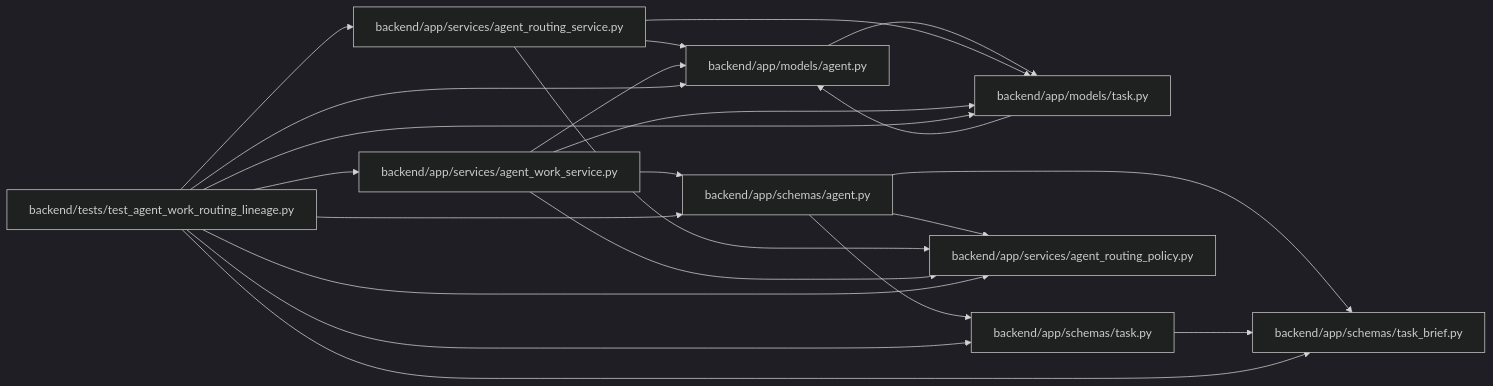
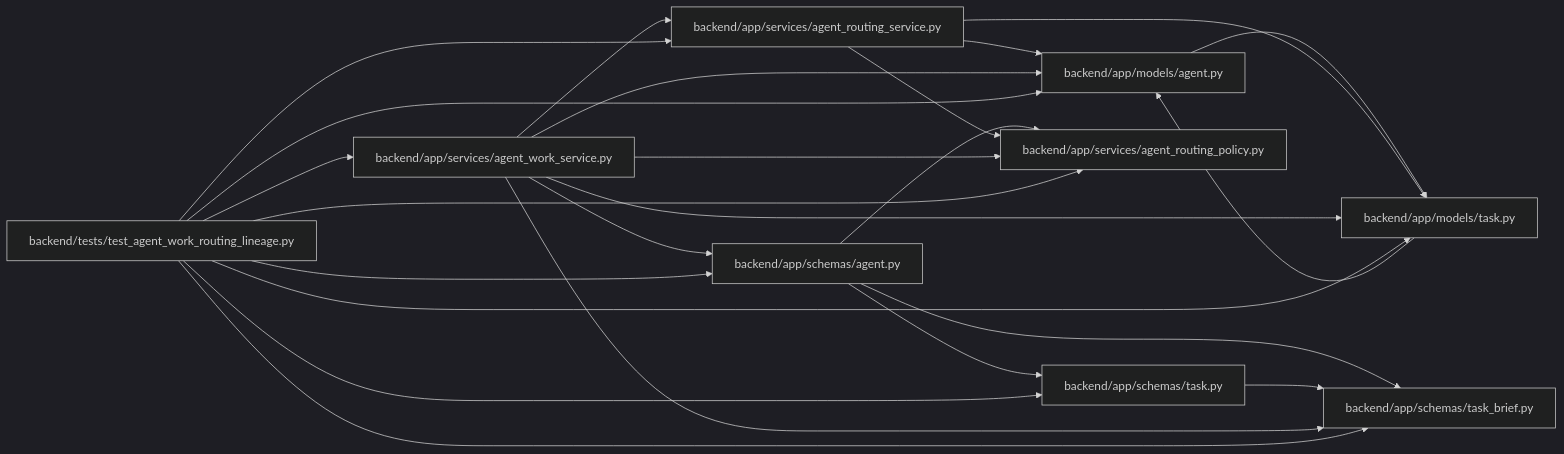
One commit to Denissvgn/WorkChord changed the diagram in docs/llm_wiki/modules/test_agent_work_routing_lineage.md. Above: the diagram before and after it, drawn with Mermaid (dark theme). The commit also changed 25171 other files, not shown here.

````diff
--- a/docs/llm_wiki/modules/test_agent_work_routing_lineage.md
+++ b/docs/llm_wiki/modules/test_agent_work_routing_lineage.md
@@ -30,42 +30,44 @@
 ```mermaid
 flowchart LR
     n0["backend/app/models/agent.py"]
     n1["backend/app/models/task.py"]
     n2["backend/app/schemas/agent.py"]
     n3["backend/app/schemas/task.py"]
     n4["backend/app/schemas/task_brief.py"]
     n5["backend/app/services/agent_routing_policy.py"]
     n6["backend/app/services/agent_routing_service.py"]
     n7["backend/app/services/agent_work_service.py"]
     n8["backend/tests/test_agent_work_routing_lineage.py"]
     n0 --> n1
     n1 --> n0
     n2 --> n3
     n2 --> n4
     n2 --> n5
     n3 --> n4
     n6 --> n0
     n6 --> n1
     n6 --> n5
     n7 --> n0
     n7 --> n1
     n7 --> n2
+    n7 --> n4
     n7 --> n5
+    n7 --> n6
     n8 --> n0
     n8 --> n1
     n8 --> n2
     n8 --> n3
     n8 --> n4
     n8 --> n5
     n8 --> n6
     n8 --> n7
     click n0 "../modules/models_agent.md"
     click n1 "../modules/models_task.md"
     click n2 "../modules/schemas_agent.md"
     click n3 "../modules/schemas_task.md"
     click n4 "../modules/schemas_task_brief.md"
     click n5 "../modules/agent_routing_policy.md"
     click n6 "../modules/agent_routing_service.md"
     click n7 "../modules/agent_work_service.md"
     click n8 "../modules/test_agent_work_routing_lineage.md"
 ```
````
